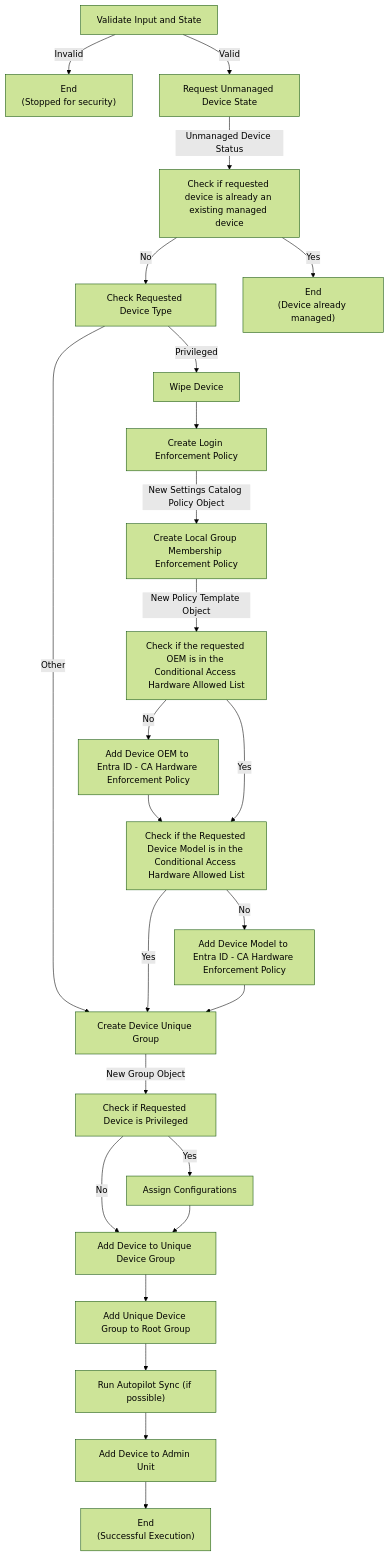
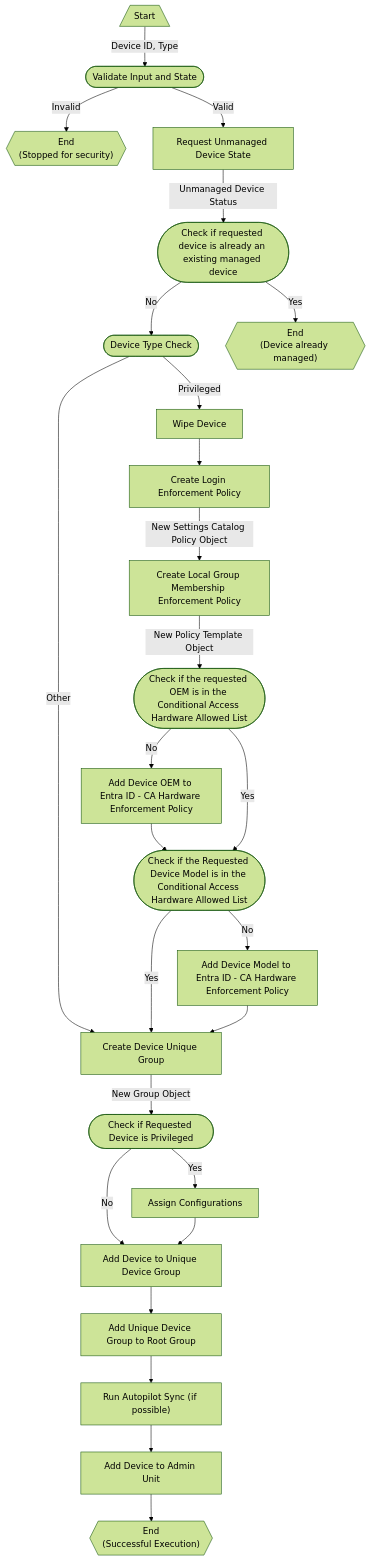
The diagram in docs/Reference/Architecture/Diagrams/Device-Commission.md (Software-Hardware-Integration-Lab/Documentation), drawn with Mermaid (forest theme) before and after one commit.

Commit message:
Standard Diagram Shapes + Syntax
Standardize the diagram shapes to be consistent throughout the various diagrams.
Update the syntax to be more flexible and standard across diagrams.

````diff
--- a/docs/Reference/Architecture/Diagrams/Device-Commission.md
+++ b/docs/Reference/Architecture/Diagrams/Device-Commission.md
@@ -7,50 +7,52 @@
 ``` mermaid
-graph TD
+flowchart TD
 
-InputValidation[Validate Input and State]
-FailValidation["End\n(Stopped for security)"]
-UnmanagedDeviceRequest[Request Unmanaged Device State]
-UnmanagedCheck[Check if requested device is already an existing managed device]
-InitialTypeCheck[Check Requested Device Type]
-DeviceUniqueGroup[Create Device Unique Group]
-PrivTypeCheck[Check if Requested Device is Privileged]
-PrivConfigAssign[Assign Configurations]
-AddDevToDevGrp[Add Device to Unique Device Group]
-DevToRootGrp[Add Unique Device Group to Root Group]
+Start[/"Start"\]
+InputValidation(["Validate Input and State"])
+FailValidation{{"End\n(Stopped for security)"}}
+UnmanagedDeviceRequest["Request Unmanaged Device State"]
+UnmanagedCheck(["Check if requested device is already an existing managed device"])
+InitialTypeCheck(["Device Type Check"])
+DeviceUniqueGroup["Create Device Unique Group"]
+PrivTypeCheck(["Check if Requested Device is Privileged"])
+PrivConfigAssign["Assign Configurations"]
+AddDevToDevGrp["Add Device to Unique Device Group"]
+DevToRootGrp["Add Unique Device Group to Root Group"]
 AutopilotSyncCmd["Run Autopilot Sync (if possible)"]
-AddToAdminUnit[Add Device to Admin Unit]
-PrivWipe[Wipe Device]
-PrivLogin[Create Login Enforcement Policy]
-PrivGroup[Create Local Group Membership Enforcement Policy]
-PrivCaOemCheck[Check if the requested OEM is in the Conditional Access Hardware Allowed List]
-PrivCaModelCheck[Check if the Requested Device Model is in the Conditional Access Hardware Allowed List]
-PrivHwOemEnforcement[Add Device OEM to Entra ID - CA Hardware Enforcement Policy]
-PrivHwModelEnforcement[Add Device Model to Entra ID - CA Hardware Enforcement Policy]
-ExistingEnd["End\n(Device already managed)"]
-SuccessfulEnd["End\n(Successful Execution)"]
+AddToAdminUnit["Add Device to Admin Unit"]
+PrivWipe["Wipe Device"]
+PrivLogin["Create Login Enforcement Policy"]
+PrivGroup["Create Local Group Membership Enforcement Policy"]
+PrivCaOemCheck(["Check if the requested OEM is in the Conditional Access Hardware Allowed List"])
+PrivCaModelCheck(["Check if the Requested Device Model is in the Conditional Access Hardware Allowed List"])
+PrivHwOemEnforcement["Add Device OEM to Entra ID - CA Hardware Enforcement Policy"]
+PrivHwModelEnforcement["Add Device Model to Entra ID - CA Hardware Enforcement Policy"]
+ExistingEnd{{"End\n(Device already managed)"}}
+SuccessfulEnd{{"End\n(Successful Execution)"}}
 
+Start --> | Device ID, Type | InputValidation
 InputValidation --> | Valid | UnmanagedDeviceRequest
 InputValidation --> | Invalid | FailValidation
 UnmanagedDeviceRequest --> | Unmanaged Device Status | UnmanagedCheck
 UnmanagedCheck --> | Yes | ExistingEnd
 UnmanagedCheck --> | No | InitialTypeCheck
 InitialTypeCheck --> | Privileged | PrivWipe
 InitialTypeCheck --> | Other | DeviceUniqueGroup
 PrivWipe --> PrivLogin
 PrivLogin --> | New Settings Catalog Policy Object | PrivGroup
 PrivGroup --> | New Policy Template Object | PrivCaOemCheck
 PrivCaOemCheck --> | No | PrivHwOemEnforcement
 PrivHwOemEnforcement --> PrivCaModelCheck
 PrivCaOemCheck --> | Yes | PrivCaModelCheck
 PrivCaModelCheck --> | No | PrivHwModelEnforcement
 PrivCaModelCheck --> | Yes | DeviceUniqueGroup
 PrivHwModelEnforcement --> DeviceUniqueGroup
 DeviceUniqueGroup --> | New Group Object | PrivTypeCheck
 PrivTypeCheck --> | Yes | PrivConfigAssign
 PrivTypeCheck --> | No | AddDevToDevGrp
 PrivConfigAssign --> AddDevToDevGrp
 AddDevToDevGrp --> DevToRootGrp
 DevToRootGrp --> AutopilotSyncCmd
 AutopilotSyncCmd --> AddToAdminUnit
 AddToAdminUnit --> SuccessfulEnd
 ```
````
